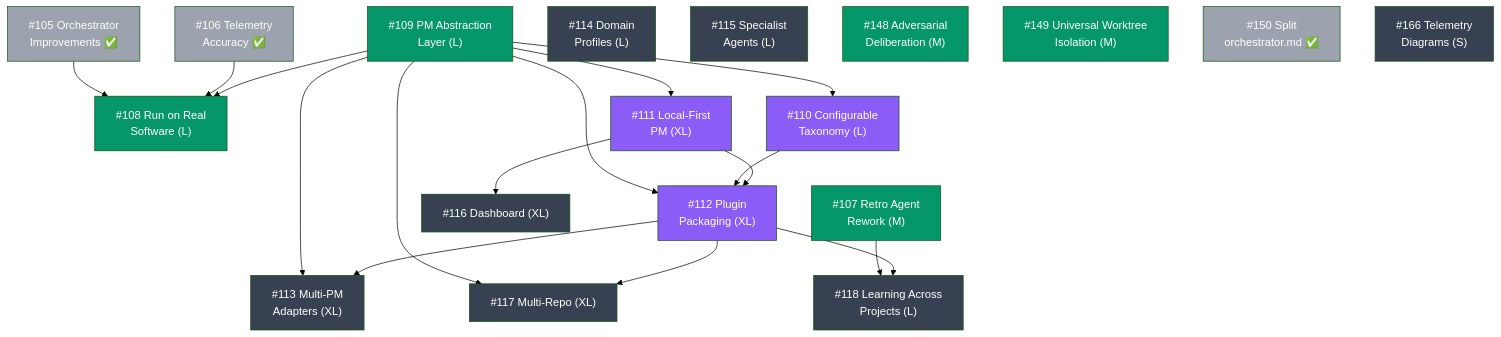
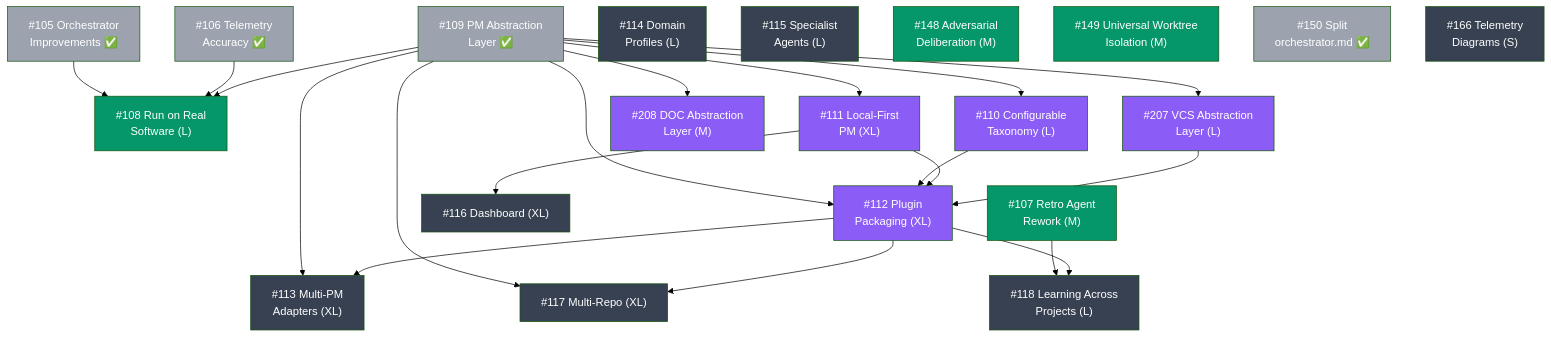
One commit to carlosboeing/agentic-sdlc-workflow changed the diagram in docs/ROADMAP.md. Above: the diagram before and after it, drawn with Mermaid (forest theme). The commit also changed other lines of this file, not shown here.

First line of the commit message:
docs(roadmap): mark #109 complete, add #207 VCS and #208 DOC items

````diff
--- a/docs/ROADMAP.md
+++ b/docs/ROADMAP.md
@@ -9,56 +9,63 @@
 ```mermaid
 graph TD
     105["#105 Orchestrator<br/>Improvements ✅"]
     106["#106 Telemetry<br/>Accuracy ✅"]
     107["#107 Retro Agent<br/>Rework (M)"]
     108["#108 Run on Real<br/>Software (L)"]
-    109["#109 PM Abstraction<br/>Layer (L)"]
+    109["#109 PM Abstraction<br/>Layer ✅"]
     110["#110 Configurable<br/>Taxonomy (L)"]
     111["#111 Local-First<br/>PM (XL)"]
     112["#112 Plugin<br/>Packaging (XL)"]
     113["#113 Multi-PM<br/>Adapters (XL)"]
+    207["#207 VCS Abstraction<br/>Layer (L)"]
+    208["#208 DOC Abstraction<br/>Layer (M)"]
     114["#114 Domain<br/>Profiles (L)"]
     115["#115 Specialist<br/>Agents (L)"]
     116["#116 Dashboard (XL)"]
     117["#117 Multi-Repo (XL)"]
     118["#118 Learning Across<br/>Projects (L)"]
     148["#148 Adversarial<br/>Deliberation (M)"]
     149["#149 Universal Worktree<br/>Isolation (M)"]
     150["#150 Split<br/>orchestrator.md ✅"]
     166["#166 Telemetry<br/>Diagrams (S)"]
 
     105 --> 108
     106 --> 108
     109 --> 108
     109 --> 111
     109 --> 110
     109 --> 112
     109 --> 113
     109 --> 117
     110 --> 112
     111 --> 112
     111 --> 116
     107 --> 118
+    109 --> 207
+    109 --> 208
+    207 --> 112
     112 --> 113
     112 --> 117
     112 --> 118
 
     style 105 fill:#9ca3af,color:#fff
     style 106 fill:#9ca3af,color:#fff
     style 107 fill:#059669,color:#fff
     style 108 fill:#059669,color:#fff
-    style 109 fill:#059669,color:#fff
+    style 109 fill:#9ca3af,color:#fff
     style 110 fill:#8b5cf6,color:#fff
+    style 207 fill:#8b5cf6,color:#fff
+    style 208 fill:#8b5cf6,color:#fff
     style 111 fill:#8b5cf6,color:#fff
     style 112 fill:#8b5cf6,color:#fff
     style 113 fill:#374151,color:#fff
     style 114 fill:#374151,color:#fff
     style 115 fill:#374151,color:#fff
     style 116 fill:#374151,color:#fff
     style 117 fill:#374151,color:#fff
     style 118 fill:#374151,color:#fff
     style 148 fill:#059669,color:#fff
     style 149 fill:#059669,color:#fff
     style 150 fill:#9ca3af,color:#fff
     style 166 fill:#374151,color:#fff
 ```
````
